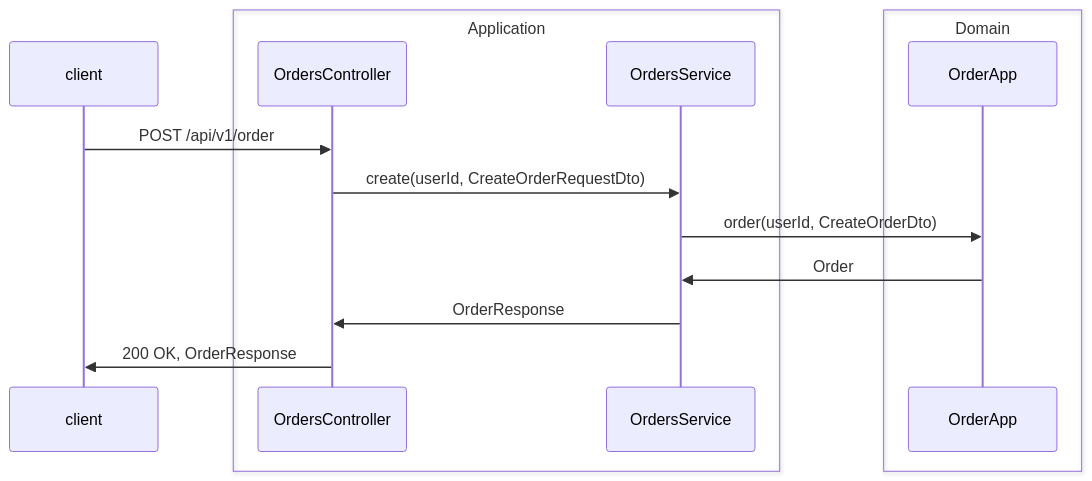
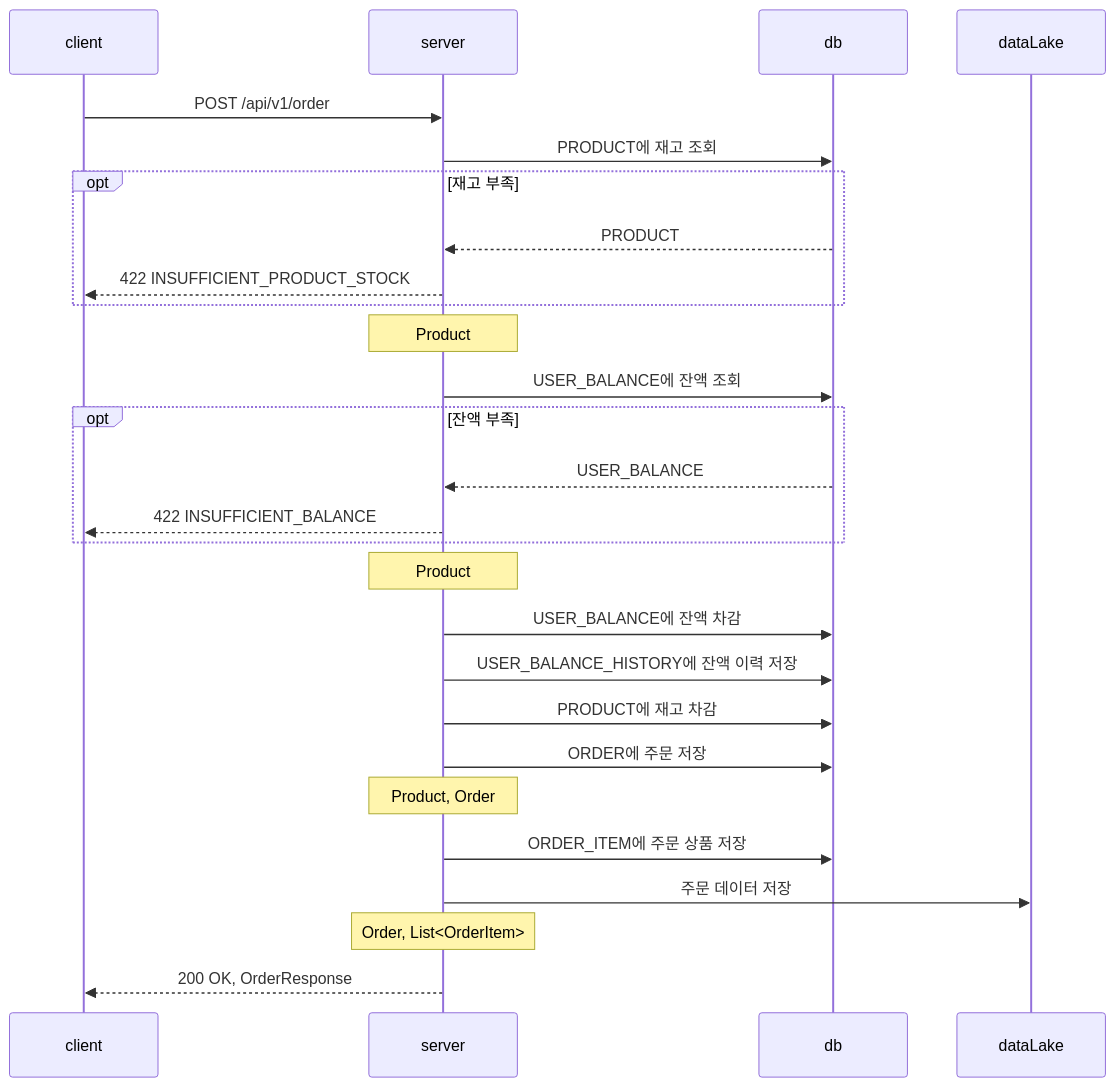
The first of 4 diagrams in docs/api/orders.md (newbieJanghan/hh_plus_server), drawn with Mermaid before and after one commit. The commit also changed other lines of this file and 2 other files, not shown here.

Commit message:
Docs: API 문서 수정

````diff
--- a/docs/api/orders.md
+++ b/docs/api/orders.md
@@ -106,23 +107,30 @@
 ```mermaid
-
 sequenceDiagram
     participant client
-#
-    box Application
-        participant OrdersController
-        participant OrdersService
-    end
-#
-    box Domain
-        participant OrderApp
-    end
+    participant server
+    participant db
 
 #
-    client ->> OrdersController: POST /api/v1/order
-    OrdersController ->> OrdersService: create(userId, CreateOrderRequestDto)
-    OrdersService ->> OrderApp: order(userId, CreateOrderDto)
-#
-    OrderApp ->> OrdersService: Order
-    OrdersService ->> OrdersController: OrderResponse
-    OrdersController ->> client: 200 OK, OrderResponse
+    client ->> server: POST /api/v1/order
+    server ->> db: PRODUCT에 재고 조회
+    opt 재고 부족
+        db -->> server: PRODUCT
+        server -->> client: 422 INSUFFICIENT_PRODUCT_STOCK
+    end
+    note over server: Product
+    server ->> db: USER_BALANCE에 잔액 조회
+    opt 잔액 부족
+        db -->> server: USER_BALANCE
+        server -->> client: 422 INSUFFICIENT_BALANCE
+    end
+    note over server: Product
+    server ->> db: USER_BALANCE에 잔액 차감
+    server ->> db: USER_BALANCE_HISTORY에 잔액 이력 저장
+    server ->> db: PRODUCT에 재고 차감
+    server ->> db: ORDER에 주문 저장
+    note over server: Product, Order
+    server ->> db: ORDER_ITEM에 주문 상품 저장
+    server ->> dataLake: 주문 데이터 저장
+    note over server: Order, List<OrderItem>
+    server -->> client: 200 OK, OrderResponse
 ```
````
